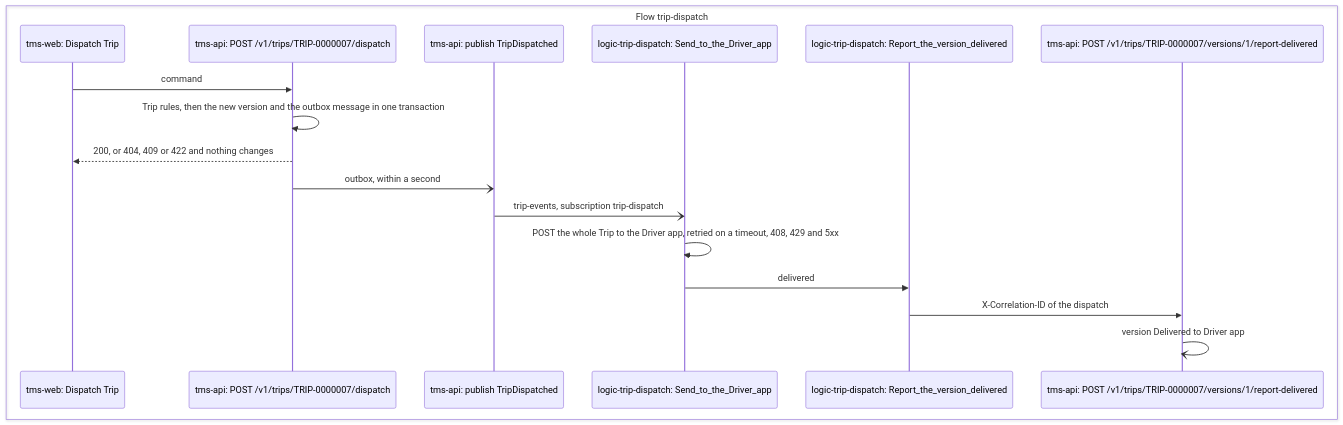
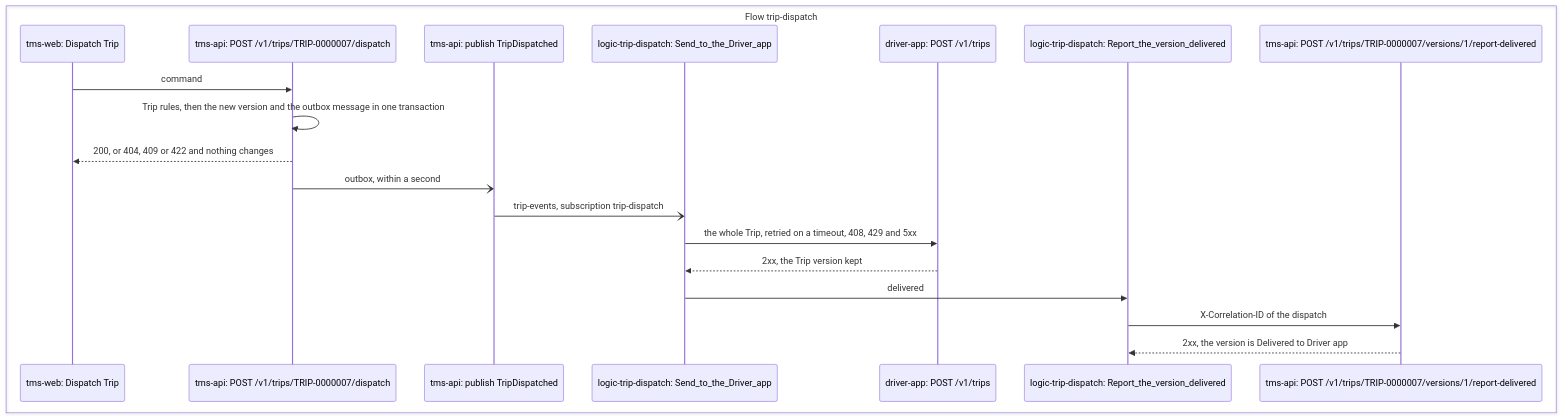
Before and after one commit to congruent-it/norvia-sandbox: the diagram in docs/processes/tms/p11-trip-dispatch.md, drawn with Mermaid. The commit also changed other lines of this file, not shown here.

````diff
--- a/docs/processes/tms/p11-trip-dispatch.md
+++ b/docs/processes/tms/p11-trip-dispatch.md
@@ -251,20 +251,22 @@
 ```mermaid
 sequenceDiagram
     box transparent Flow trip-dispatch
         participant ui as tms-web: Dispatch Trip
         participant call as tms-api: POST /v1/trips/TRIP-0000007/dispatch
         participant pub as tms-api: publish TripDispatched
         participant app as logic-trip-dispatch: Send_to_the_Driver_app
+        participant drv as driver-app: POST /v1/trips
         participant report as logic-trip-dispatch: Report_the_version_delivered
         participant rcall as tms-api: POST /v1/trips/TRIP-0000007/versions/1/report-delivered
     end
     ui->>call: command
     call->>call: Trip rules, then the new version and the outbox message in one transaction
     call-->>ui: 200, or 404, 409 or 422 and nothing changes
     call-)pub: outbox, within a second
     pub-)app: trip-events, subscription trip-dispatch
-    app->>app: POST the whole Trip to the Driver app, retried on a timeout, 408, 429 and 5xx
+    app->>drv: the whole Trip, retried on a timeout, 408, 429 and 5xx
+    drv-->>app: 2xx, the Trip version kept
     app->>report: delivered
     report->>rcall: X-Correlation-ID of the dispatch
-    rcall-)rcall: version Delivered to Driver app
+    rcall-->>report: 2xx, the version is Delivered to Driver app
 ```
````
